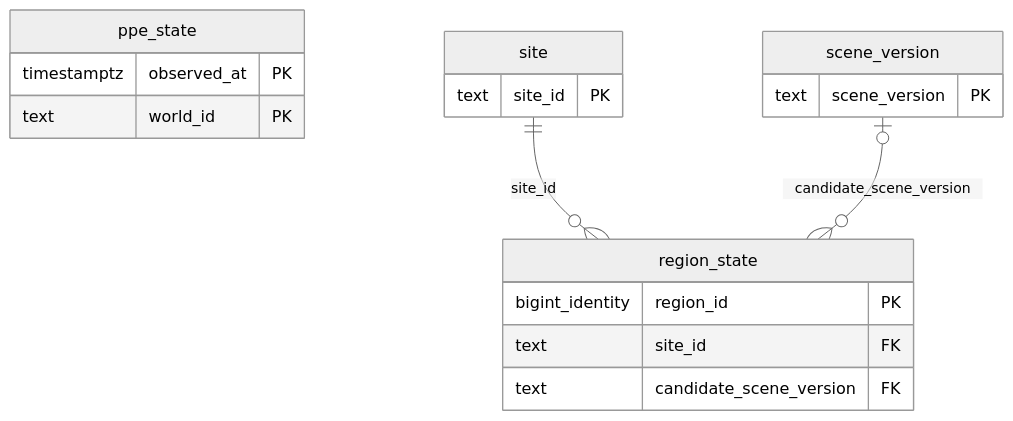
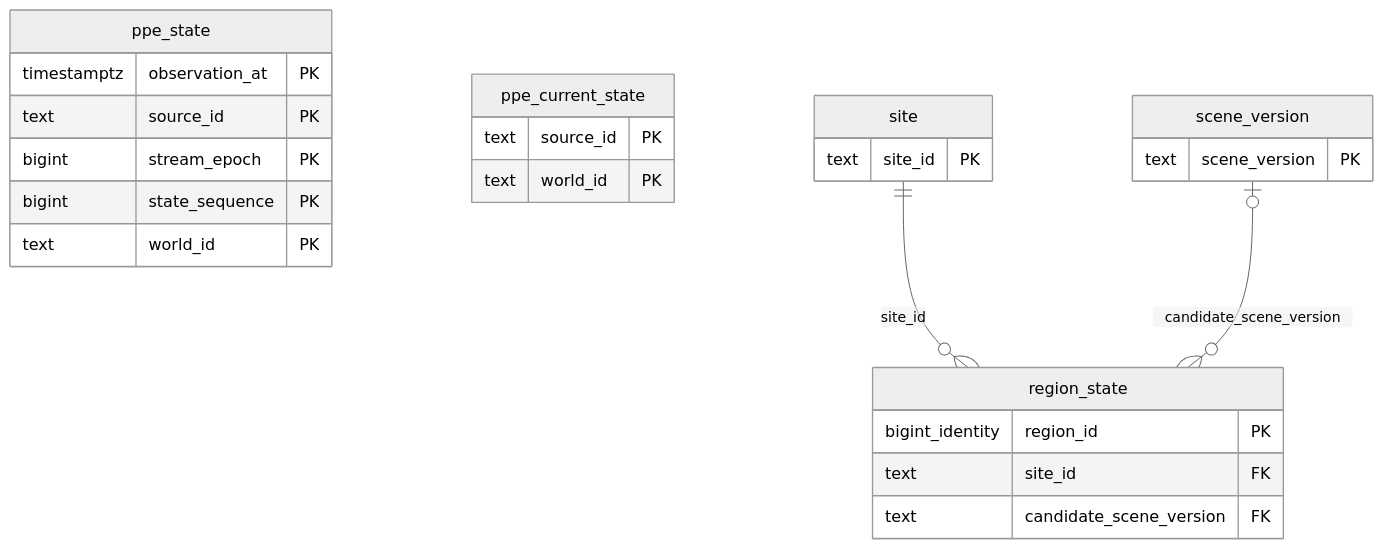
One commit to Janjonghwa/simai changed diagram 13 of 13 in docs/design/db-erd.md. Above: the diagram before and after it, drawn with Mermaid (neutral theme). The commit also changed other lines of this file and 7 other files, not shown here.

````diff
--- a/docs/design/db-erd.md
+++ b/docs/design/db-erd.md
@@ -897,20 +898,27 @@
 ```mermaid
 erDiagram
     ppe_state {
-        timestamptz observed_at PK
+        timestamptz observation_at PK
+        text source_id PK
+        bigint stream_epoch PK
+        bigint state_sequence PK
+        text world_id PK
+    }
+    ppe_current_state {
+        text source_id PK
         text world_id PK
     }
     region_state {
         bigint_identity region_id PK
         text site_id FK
         text candidate_scene_version FK
     }
     scene_version {
         text scene_version PK
     }
     site {
         text site_id PK
     }
     site ||--o{ region_state : "site_id"
     scene_version |o--o{ region_state : "candidate_scene_version"
 ```
````
